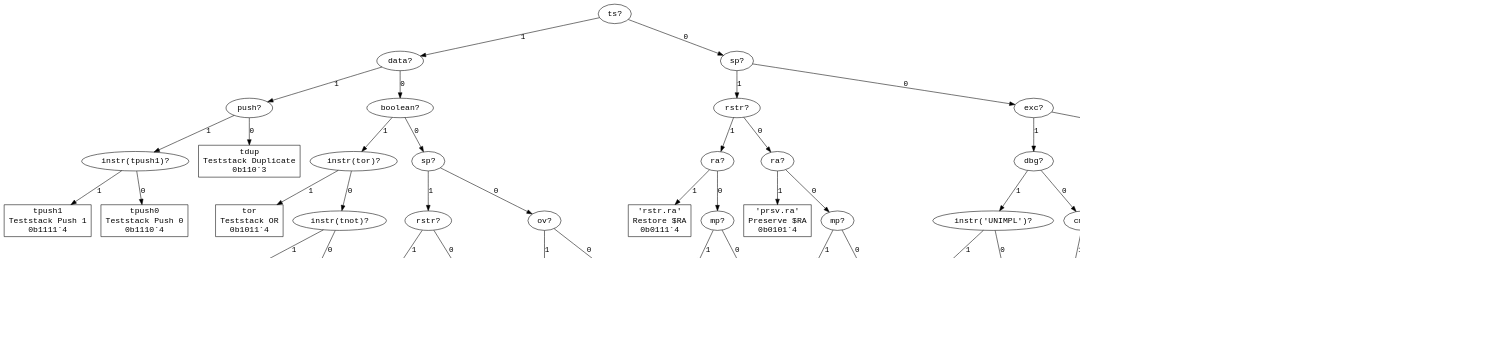
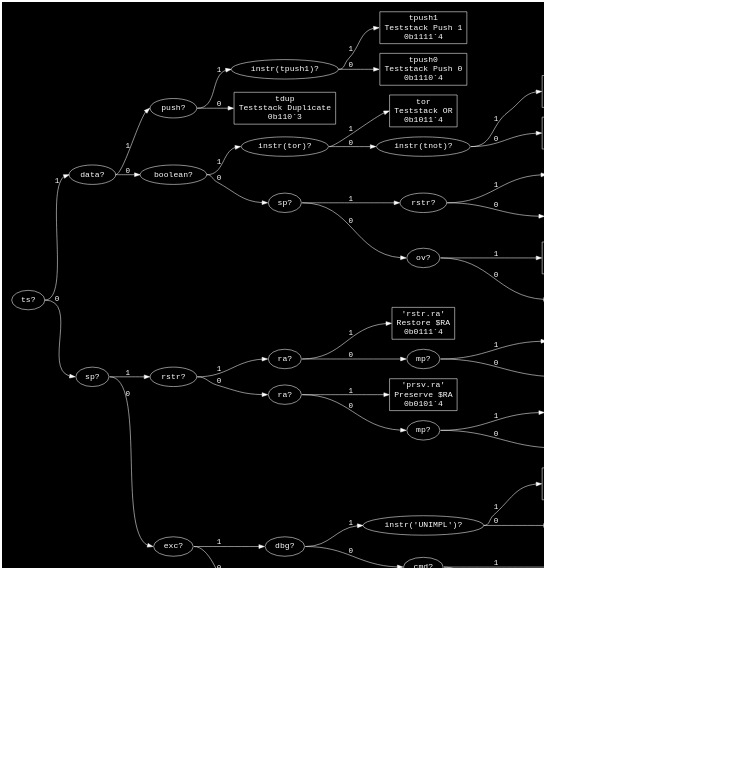
Before and after one commit to eignnx/SPRIND: the diagram in assets/graphs/o.dot, drawn with Graphviz. The commit also changed 18 other files, not shown here.

```diff
--- a/assets/graphs/o.dot
+++ b/assets/graphs/o.dot
@@ -1,110 +1,110 @@
 digraph "Format o" {
-  graph [dpi = 100, bgcolor="white"];
-  node [fontname = "Courier", fontsize="15pt"];
-  edge [fontname = "Courier"];
+  graph [dpi = 100, bgcolor="#111", fontcolor="white", rankdir=LR, pad="0.25"];
+  node [fontname = "Courier", fontsize="15pt", color="white", fontcolor="white"];
+  edge [fontname = "Courier", color="white", fontcolor="white"];
   "ts_11499147" [label = "ts?", shape = ellipse];
-  "ts_11499147" -> "data_4436317" [label = "1"];
-  "ts_11499147" -> "sp_4665945" [label = "0"];
+  "ts_11499147":e -> "data_4436317":w [label = "1"];
+  "ts_11499147":e -> "sp_4665945":w [label = "0"];
   "data_4436317" [label = "data?", shape = ellipse];
-  "data_4436317" -> "push_2437001" [label = "1"];
-  "data_4436317" -> "boolean_13225208" [label = "0"];
+  "data_4436317":e -> "push_2437001":w [label = "1"];
+  "data_4436317":e -> "boolean_13225208":w [label = "0"];
   "push_2437001" [label = "push?", shape = ellipse];
-  "push_2437001" -> "instr(tpush1)_9804295" [label = "1"];
-  "push_2437001" -> "tdup_15487713" [label = "0"];
+  "push_2437001":e -> "instr(tpush1)_9804295":w [label = "1"];
+  "push_2437001":e -> "tdup_15487713":w [label = "0"];
   "instr(tpush1)_9804295" [label = "instr(tpush1)?", shape = ellipse];
-  "instr(tpush1)_9804295" -> "tpush1_12806233" [label = "1"];
-  "instr(tpush1)_9804295" -> "tpush0_14509953" [label = "0"];
+  "instr(tpush1)_9804295":e -> "tpush1_12806233":w [label = "1"];
+  "instr(tpush1)_9804295":e -> "tpush0_14509953":w [label = "0"];
   "tpush1_12806233" [label = "tpush1\nTeststack Push 1\n0b1111`4", shape = rectangle];
   "tpush0_14509953" [label = "tpush0\nTeststack Push 0\n0b1110`4", shape = rectangle];
   "tdup_15487713" [label = "tdup\nTeststack Duplicate\n0b110`3", shape = rectangle];
   "boolean_13225208" [label = "boolean?", shape = ellipse];
-  "boolean_13225208" -> "instr(tor)_15792127" [label = "1"];
-  "boolean_13225208" -> "sp_11927802" [label = "0"];
+  "boolean_13225208":e -> "instr(tor)_15792127":w [label = "1"];
+  "boolean_13225208":e -> "sp_11927802":w [label = "0"];
   "instr(tor)_15792127" [label = "instr(tor)?", shape = ellipse];
-  "instr(tor)_15792127" -> "tor_1243182" [label = "1"];
-  "instr(tor)_15792127" -> "instr(tnot)_14822141" [label = "0"];
+  "instr(tor)_15792127":e -> "tor_1243182":w [label = "1"];
+  "instr(tor)_15792127":e -> "instr(tnot)_14822141":w [label = "0"];
   "tor_1243182" [label = "tor\nTeststack OR\n0b1011`4", shape = rectangle];
   "instr(tnot)_14822141" [label = "instr(tnot)?", shape = ellipse];
-  "instr(tnot)_14822141" -> "tnot_4060624" [label = "1"];
-  "instr(tnot)_14822141" -> "tand_15469294" [label = "0"];
+  "instr(tnot)_14822141":e -> "tnot_4060624":w [label = "1"];
+  "instr(tnot)_14822141":e -> "tand_15469294":w [label = "0"];
   "tnot_4060624" [label = "tnot\nTeststack NOT\n0b10101`5", shape = rectangle];
   "tand_15469294" [label = "tand\nTeststack AND\n0b10100`5", shape = rectangle];
   "sp_11927802" [label = "sp?", shape = ellipse];
-  "sp_11927802" -> "rstr_7748698" [label = "1"];
-  "sp_11927802" -> "ov_12237183" [label = "0"];
+  "sp_11927802":e -> "rstr_7748698":w [label = "1"];
+  "sp_11927802":e -> "ov_12237183":w [label = "0"];
   "rstr_7748698" [label = "rstr?", shape = ellipse];
-  "rstr_7748698" -> "'rstr.ts'_8107659" [label = "1"];
-  "rstr_7748698" -> "'prsv.ts'_2474688" [label = "0"];
+  "rstr_7748698":e -> "'rstr.ts'_8107659":w [label = "1"];
+  "rstr_7748698":e -> "'prsv.ts'_2474688":w [label = "0"];
   "'rstr.ts'_8107659" [label = "'rstr.ts'\nRestore $TS\n0b10011`5", shape = rectangle];
   "'prsv.ts'_2474688" [label = "'prsv.ts'\nPreserve $TS\n0b10010`5", shape = rectangle];
   "ov_12237183" [label = "ov?", shape = ellipse];
-  "ov_12237183" -> "tov_12931519" [label = "1"];
-  "ov_12237183" -> "tcy_2523867" [label = "0"];
+  "ov_12237183":e -> "tov_12931519":w [label = "1"];
+  "ov_12237183":e -> "tcy_2523867":w [label = "0"];
   "tov_12931519" [label = "tov\nTest Overflow\n0b10001`5", shape = rectangle];
   "tcy_2523867" [label = "tcy\nTest Carry\n0b10000`5", shape = rectangle];
   "sp_4665945" [label = "sp?", shape = ellipse];
-  "sp_4665945" -> "rstr_14043542" [label = "1"];
-  "sp_4665945" -> "exc_3592716" [label = "0"];
+  "sp_4665945":e -> "rstr_14043542":w [label = "1"];
+  "sp_4665945":e -> "exc_3592716":w [label = "0"];
   "rstr_14043542" [label = "rstr?", shape = ellipse];
-  "rstr_14043542" -> "ra_11697259" [label = "1"];
-  "rstr_14043542" -> "ra_5439766" [label = "0"];
+  "rstr_14043542":e -> "ra_11697259":w [label = "1"];
+  "rstr_14043542":e -> "ra_5439766":w [label = "0"];
   "ra_11697259" [label = "ra?", shape = ellipse];
-  "ra_11697259" -> "'rstr.ra'_14990000" [label = "1"];
-  "ra_11697259" -> "mp_5968125" [label = "0"];
+  "ra_11697259":e -> "'rstr.ra'_14990000":w [label = "1"];
+  "ra_11697259":e -> "mp_5968125":w [label = "0"];
   "'rstr.ra'_14990000" [label = "'rstr.ra'\nRestore $RA\n0b0111`4", shape = rectangle];
   "mp_5968125" [label = "mp?", shape = ellipse];
-  "mp_5968125" -> "'rstr.mp'_10653791" [label = "1"];
-  "mp_5968125" -> "gp_995846" [label = "0"];
+  "mp_5968125":e -> "'rstr.mp'_10653791":w [label = "1"];
+  "mp_5968125":e -> "gp_995846":w [label = "0"];
   "'rstr.mp'_10653791" [label = "'rstr.mp'\nRestore $MP\n0b01101`5", shape = rectangle];
   "gp_995846" [label = "gp?", shape = ellipse];
-  "gp_995846" -> "'rstr.gp'_14554136" [label = "1"];
-  "gp_995846" -> "'rstr.cc'_3226942" [label = "0"];
+  "gp_995846":e -> "'rstr.gp'_14554136":w [label = "1"];
+  "gp_995846":e -> "'rstr.cc'_3226942":w [label = "0"];
   "'rstr.gp'_14554136" [label = "'rstr.gp'\nRestore $GP\n0b011001`6", shape = rectangle];
   "'rstr.cc'_3226942" [label = "'rstr.cc'\nRestore $CC\n0b011000`6", shape = rectangle];
   "ra_5439766" [label = "ra?", shape = ellipse];
-  "ra_5439766" -> "'prsv.ra'_11219602" [label = "1"];
-  "ra_5439766" -> "mp_14735186" [label = "0"];
+  "ra_5439766":e -> "'prsv.ra'_11219602":w [label = "1"];
+  "ra_5439766":e -> "mp_14735186":w [label = "0"];
   "'prsv.ra'_11219602" [label = "'prsv.ra'\nPreserve $RA\n0b0101`4", shape = rectangle];
   "mp_14735186" [label = "mp?", shape = ellipse];
-  "mp_14735186" -> "'prsv.mp'_12023555" [label = "1"];
-  "mp_14735186" -> "gp_5770640" [label = "0"];
+  "mp_14735186":e -> "'prsv.mp'_12023555":w [label = "1"];
+  "mp_14735186":e -> "gp_5770640":w [label = "0"];
   "'prsv.mp'_12023555" [label = "'prsv.mp'\nPreserve $MP\n0b01001`5", shape = rectangle];
   "gp_5770640" [label = "gp?", shape = ellipse];
-  "gp_5770640" -> "'prsv.gp'_4829802" [label = "1"];
-  "gp_5770640" -> "'prsv.cc'_7656682" [label = "0"];
+  "gp_5770640":e -> "'prsv.gp'_4829802":w [label = "1"];
+  "gp_5770640":e -> "'prsv.cc'_7656682":w [label = "0"];
   "'prsv.gp'_4829802" [label = "'prsv.gp'\nPreserve $GP\n0b010001`6", shape = rectangle];
   "'prsv.cc'_7656682" [label = "'prsv.cc'\nPreserve $CC\n0b010000`6", shape = rectangle];
   "exc_3592716" [label = "exc?", shape = ellipse];
-  "exc_3592716" -> "dbg_10840712" [label = "1"];
-  "exc_3592716" -> "wr_2398349" [label = "0"];
+  "exc_3592716":e -> "dbg_10840712":w [label = "1"];
+  "exc_3592716":e -> "wr_2398349":w [label = "0"];
   "dbg_10840712" [label = "dbg?", shape = ellipse];
-  "dbg_10840712" -> "instr('UNIMPL')_7737361" [label = "1"];
-  "dbg_10840712" -> "cmd_2336543" [label = "0"];
+  "dbg_10840712":e -> "instr('UNIMPL')_7737361":w [label = "1"];
+  "dbg_10840712":e -> "cmd_2336543":w [label = "0"];
   "instr('UNIMPL')_7737361" [label = "instr('UNIMPL')?", shape = ellipse];
-  "instr('UNIMPL')_7737361" -> "'UNIMPL'_242126" [label = "1"];
-  "instr('UNIMPL')_7737361" -> "'BREAK'_2863401" [label = "0"];
+  "instr('UNIMPL')_7737361":e -> "'UNIMPL'_242126":w [label = "1"];
+  "instr('UNIMPL')_7737361":e -> "'BREAK'_2863401":w [label = "0"];
   "'UNIMPL'_242126" [label = "'UNIMPL'\nUnimplemented\n0b00111`5", shape = rectangle];
   "'BREAK'_2863401" [label = "'BREAK'\nBreakpoint\n0b00110`5", shape = rectangle];
   "cmd_2336543" [label = "cmd?", shape = ellipse];
-  "cmd_2336543" -> "'HALT'_5047438" [label = "1"];
-  "cmd_2336543" -> "'NONEXE0'_14746452" [label = "0"];
+  "cmd_2336543":e -> "'HALT'_5047438":w [label = "1"];
+  "cmd_2336543":e -> "'NONEXE0'_14746452":w [label = "0"];
   "'HALT'_5047438" [label = "'HALT'\nHalt\n0b00101`5", shape = rectangle];
   "'NONEXE0'_14746452" [label = "'NONEXE0'\nNon-executable (0s Version)\n0b00100`5", shape = rectangle];
   "wr_2398349" [label = "wr?", shape = ellipse];
-  "wr_2398349" -> "instr('set.cy')_2186464" [label = "1"];
-  "wr_2398349" -> "ret_15011896" [label = "0"];
+  "wr_2398349":e -> "instr('set.cy')_2186464":w [label = "1"];
+  "wr_2398349":e -> "ret_15011896":w [label = "0"];
   "instr('set.cy')_2186464" [label = "instr('set.cy')?", shape = ellipse];
-  "instr('set.cy')_2186464" -> "'set.cy'_4073820" [label = "1"];
-  "instr('set.cy')_2186464" -> "'clr.cy'_14719063" [label = "0"];
+  "instr('set.cy')_2186464":e -> "'set.cy'_4073820":w [label = "1"];
+  "instr('set.cy')_2186464":e -> "'clr.cy'_14719063":w [label = "0"];
   "'set.cy'_4073820" [label = "'set.cy'\nSet Carry\n0b00011`5", shape = rectangle];
   "'clr.cy'_14719063" [label = "'clr.cy'\nClear Carry\n0b00010`5", shape = rectangle];
   "ret_15011896" [label = "ret?", shape = ellipse];
-  "ret_15011896" -> "ra_8747536" [label = "1"];
-  "ret_15011896" -> "kcall_5951590" [label = "0"];
+  "ret_15011896":e -> "ra_8747536":w [label = "1"];
+  "ret_15011896":e -> "kcall_5951590":w [label = "0"];
   "ra_8747536" [label = "ra?", shape = ellipse];
-  "ra_8747536" -> "ret_11021990" [label = "1"];
-  "ra_8747536" -> "kret_6365154" [label = "0"];
+  "ra_8747536":e -> "ret_11021990":w [label = "1"];
+  "ra_8747536":e -> "kret_6365154":w [label = "0"];
   "ret_11021990" [label = "ret\nReturn\n0b000011`6", shape = rectangle];
   "kret_6365154" [label = "kret\nKernel Return\n0b000010`6", shape = rectangle];
   "kcall_5951590" [label = "kcall\nKernel Call\n0b00000`5", shape = rectangle];
 }
```
